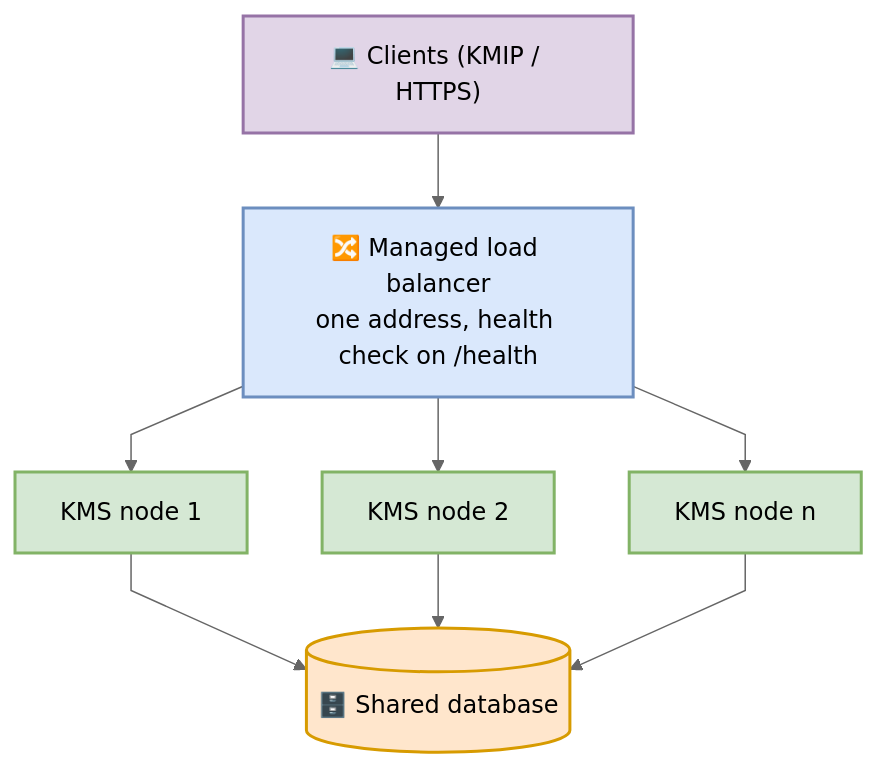
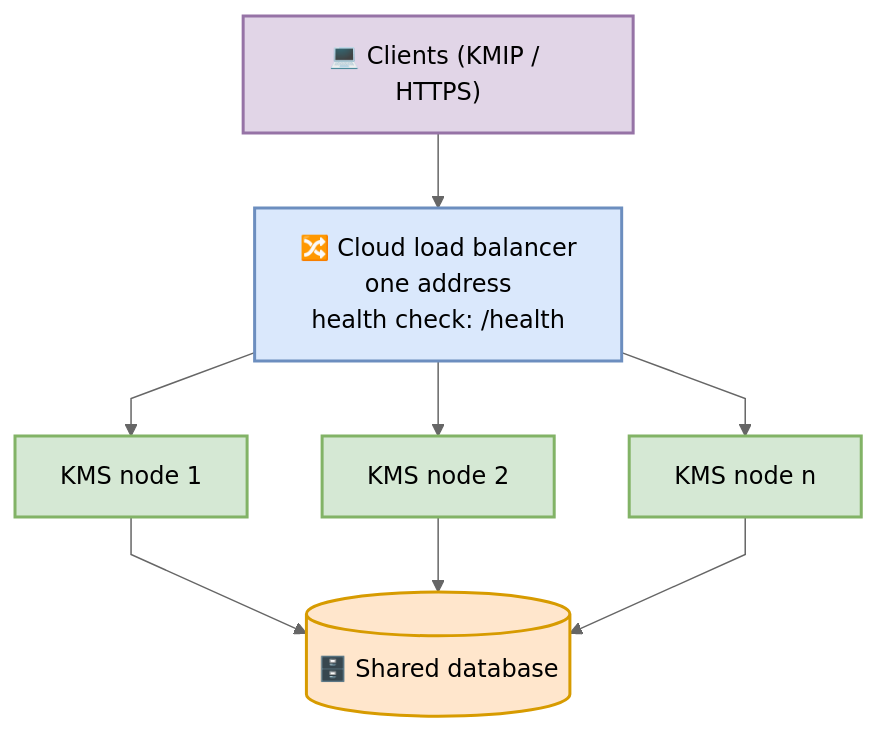
One commit to Cosmian/kms changed the third of 4 diagrams in documentation/docs/installation/high_availability_mode.md. Above: the diagram before and after it, drawn with Mermaid (neutral theme). The commit also changed other lines of this file and 2 other files, not shown here.

First line of the commit message:
docs: wrap the Mermaid labels to the repository width limits (#1366)

````diff
--- a/documentation/docs/installation/high_availability_mode.md
+++ b/documentation/docs/installation/high_availability_mode.md
@@ -127,19 +127,19 @@
 ```mermaid
 %%{init: {"flowchart": {"curve": "linear"}}}%%
 flowchart TB
     classDef client fill:#e1d5e7,stroke:#9673a6,stroke-width:2px,color:#000
     classDef lb fill:#dae8fc,stroke:#6c8ebf,stroke-width:2px,color:#000
     classDef kms fill:#d5e8d4,stroke:#82b366,stroke-width:2px,color:#000
     classDef db fill:#ffe6cc,stroke:#d79b00,stroke-width:2px,color:#000
 
     clients["💻 Clients (KMIP / HTTPS)"]:::client
-    lb["🔀 Managed load balancer<br/>one address, health check on /health"]:::lb
+    lb["🔀 Cloud load balancer<br/>one address<br/>health check: /health"]:::lb
     node1["KMS node 1"]:::kms
     node2["KMS node 2"]:::kms
     nodeN["KMS node n"]:::kms
     db[("🗄️ Shared database")]:::db
 
     clients --> lb
     lb --> node1 & node2 & nodeN
     node1 & node2 & nodeN --> db
 ```
````
